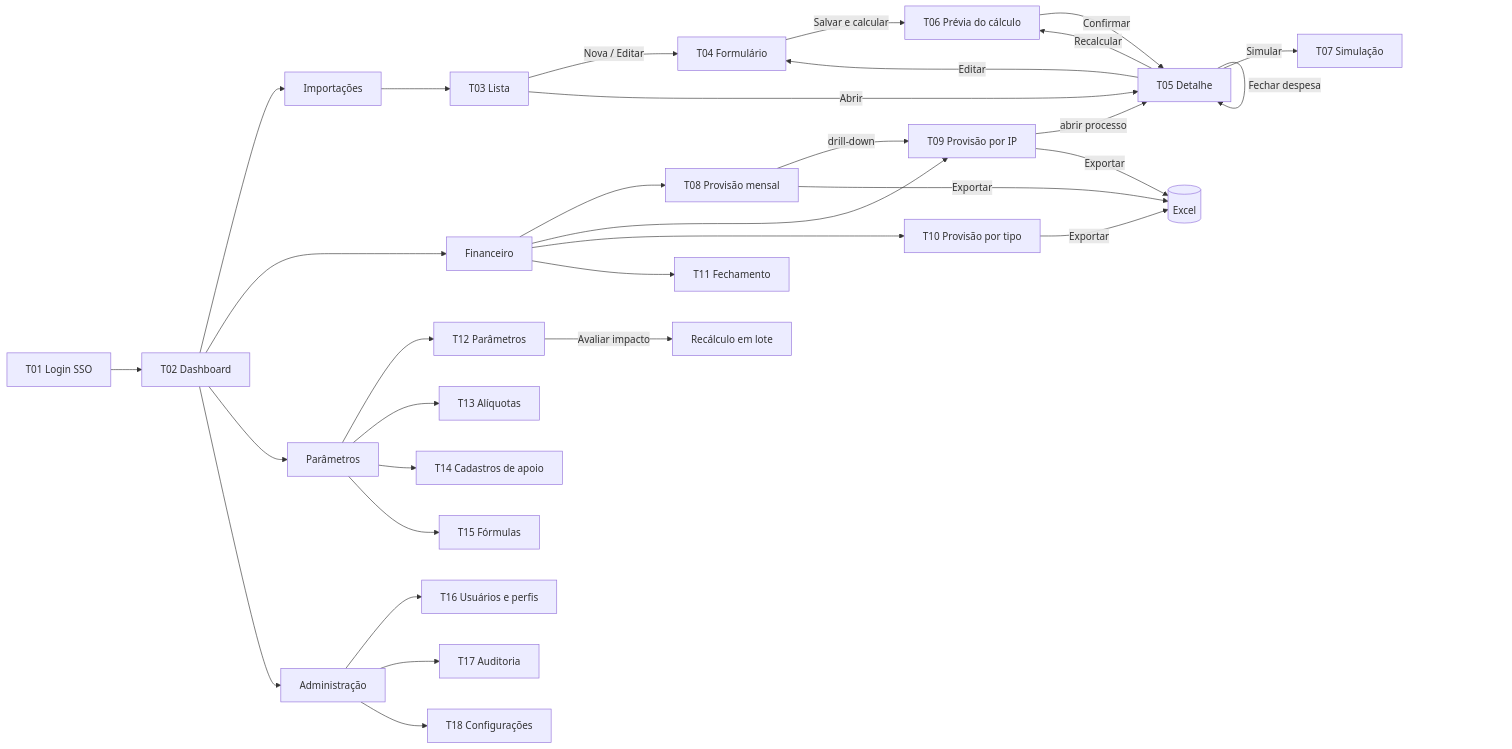
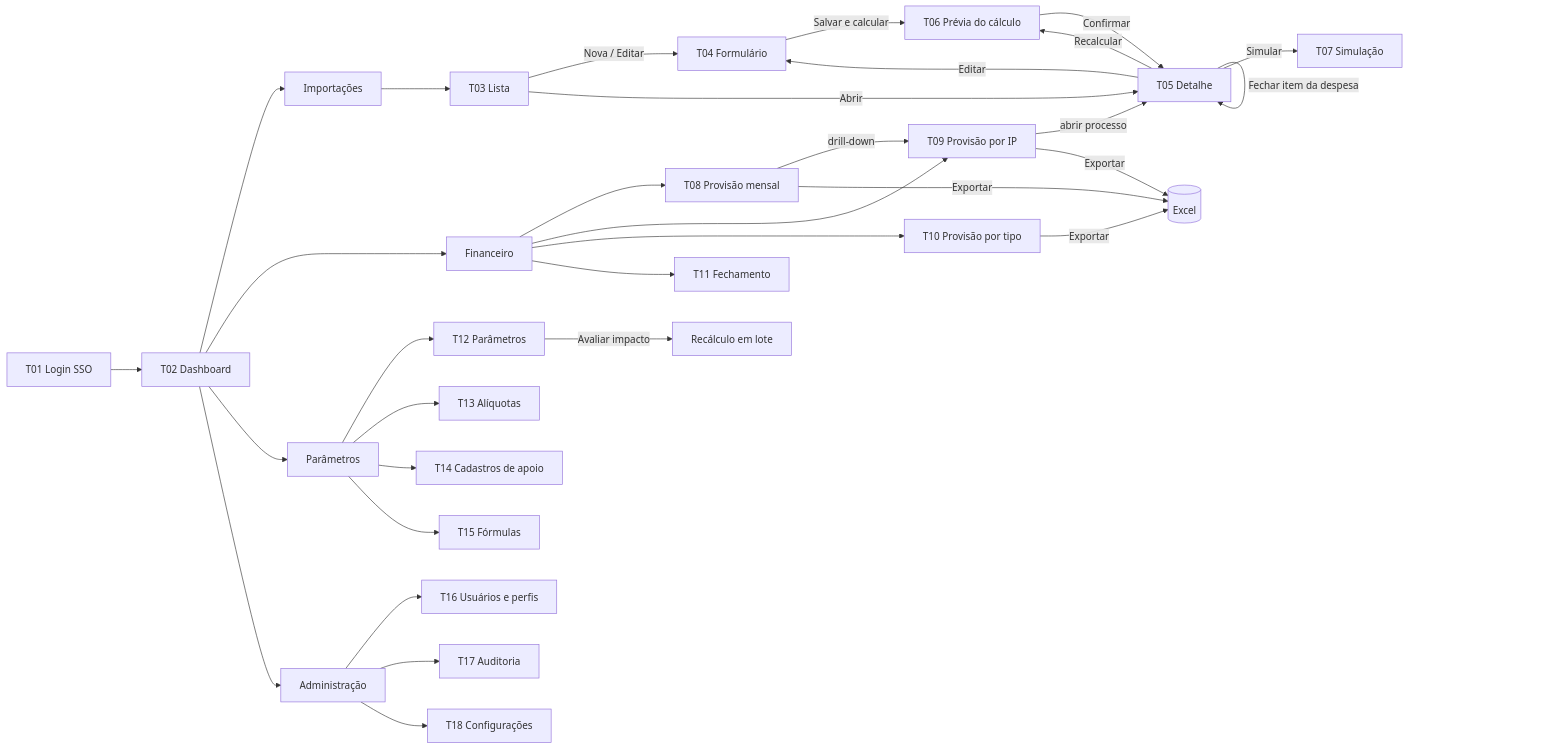
One commit to Wasion-it/forescatcost changed the diagram in docs/07-telas-e-navegacao.md. Above: the diagram before and after it, drawn with Mermaid. The commit also changed other lines of this file and 26 other files, not shown here.

````diff
--- a/docs/07-telas-e-navegacao.md
+++ b/docs/07-telas-e-navegacao.md
@@ -30,38 +30,38 @@
 ```mermaid
 flowchart LR
     LOGIN[T01 Login SSO] --> DASH[T02 Dashboard]
 
     DASH --> IMP[Importações]
     DASH --> FIN[Financeiro]
     DASH --> PAR[Parâmetros]
     DASH --> ADM[Administração]
 
     IMP --> T03[T03 Lista]
     T03 -->|Nova / Editar| T04[T04 Formulário]
     T03 -->|Abrir| T05[T05 Detalhe]
     T04 -->|Salvar e calcular| T06[T06 Prévia do cálculo]
     T06 -->|Confirmar| T05
     T05 -->|Recalcular| T06
     T05 -->|Simular| T07[T07 Simulação]
     T05 -->|Editar| T04
     T05 -->|Cancelar processo| T05
-    T05 -->|Fechar despesa| T05
+    T05 -->|Fechar item da despesa| T05
 
     FIN --> T08[T08 Provisão mensal]
     FIN --> T09[T09 Provisão por IP]
     FIN --> T10[T10 Provisão por tipo]
     FIN --> T11[T11 Fechamento]
     T08 -->|drill-down| T09
     T09 -->|abrir processo| T05
     T08 & T09 & T10 -->|Exportar| XLS[(Excel)]
 
     PAR --> T12[T12 Parâmetros]
     PAR --> T13[T13 Alíquotas]
     PAR --> T14[T14 Cadastros de apoio]
     PAR --> T15[T15 Fórmulas]
     T12 -->|Avaliar impacto| LOTE[Recálculo em lote]
 
     ADM --> T16[T16 Usuários e perfis]
     ADM --> T17[T17 Auditoria]
     ADM --> T18[T18 Configurações]
 ```
````
